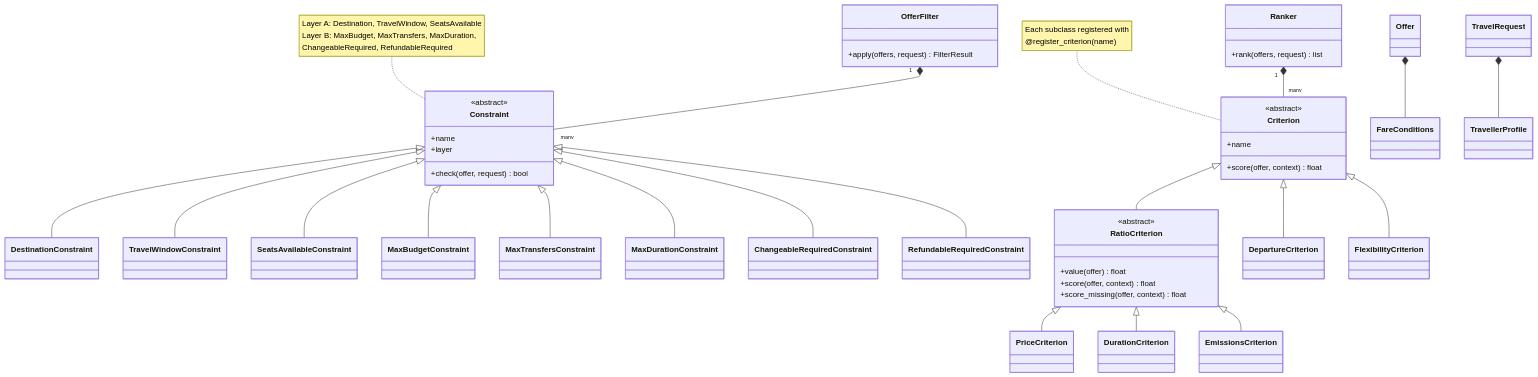
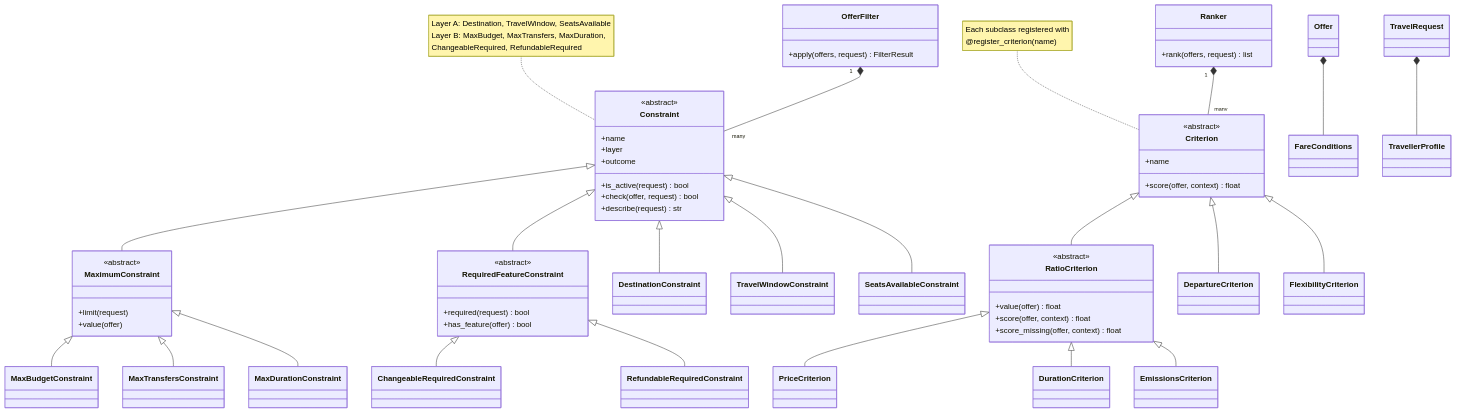
Before and after one commit to AndreStaalesen/busbidder-spain: the diagram in docs/diagrams/classes.md, drawn with Mermaid. The commit also changed 4 other files, not shown here.

Commit message:
added traveller profiles, weight validation and hard constraint filtering + tests, updated mermaid class diagram

````diff
--- a/docs/diagrams/classes.md
+++ b/docs/diagrams/classes.md
@@ -1,53 +1,68 @@
 ```mermaid
 classDiagram
     direction TB
 
-    class Constraint {
+        class Constraint {
         <<abstract>>
         +name
         +layer
+        +outcome
+        +is_active(request) bool
         +check(offer, request) bool
+        +describe(request) str
+    }
+    class MaximumConstraint {
+        <<abstract>>
+        +limit(request)
+        +value(offer)
+    }
+    class RequiredFeatureConstraint {
+        <<abstract>>
+        +required(request) bool
+        +has_feature(offer) bool
     }
     class OfferFilter {
         +apply(offers, request) FilterResult
     }
     OfferFilter "1" *-- "many" Constraint
 
     Constraint <|-- DestinationConstraint
     Constraint <|-- TravelWindowConstraint
     Constraint <|-- SeatsAvailableConstraint
-    Constraint <|-- MaxBudgetConstraint
-    Constraint <|-- MaxTransfersConstraint
-    Constraint <|-- MaxDurationConstraint
-    Constraint <|-- ChangeableRequiredConstraint
-    Constraint <|-- RefundableRequiredConstraint
+    Constraint <|-- MaximumConstraint
+    Constraint <|-- RequiredFeatureConstraint
+    MaximumConstraint <|-- MaxBudgetConstraint
+    MaximumConstraint <|-- MaxTransfersConstraint
+    MaximumConstraint <|-- MaxDurationConstraint
+    RequiredFeatureConstraint <|-- ChangeableRequiredConstraint
+    RequiredFeatureConstraint <|-- RefundableRequiredConstraint
 
     class Criterion {
         <<abstract>>
         +name
         +score(offer, context) float
     }
     class RatioCriterion {
         <<abstract>>
         +value(offer) float
         +score(offer, context) float
         +score_missing(offer, context) float
     }
     class Ranker {
         +rank(offers, request) list
     }
     Ranker "1" *-- "many" Criterion
 
     Criterion <|-- RatioCriterion
     RatioCriterion <|-- PriceCriterion
     RatioCriterion <|-- DurationCriterion
     RatioCriterion <|-- EmissionsCriterion
     Criterion <|-- DepartureCriterion
     Criterion <|-- FlexibilityCriterion
 
     Offer *-- FareConditions
     TravelRequest *-- TravellerProfile
 
     note for Constraint "Layer A: Destination, TravelWindow, SeatsAvailable<br>Layer B: MaxBudget, MaxTransfers, MaxDuration,<br>ChangeableRequired, RefundableRequired"
     note for Criterion "Each subclass registered with<br>@register_criterion(name)"
 ```
````
